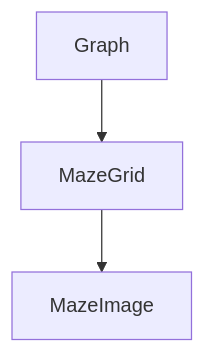
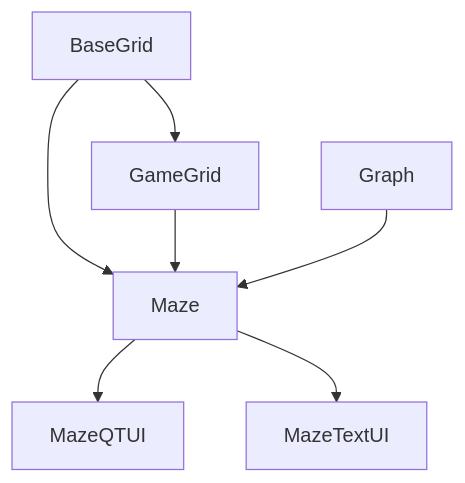
The first of 5 diagrams in hello_maze/readme.md (fvbakel/brilliant), drawn with Mermaid before and after one commit. The commit also changed other lines of this file and 1 other file, not shown here.

Commit message:
Added some ideas for seperate packages in mermaid

````diff
--- a/hello_maze/readme.md
+++ b/hello_maze/readme.md
@@ -5,5 +5,10 @@
 ```mermaid
   graph TD;
-      Graph --> MazeGrid
-      MazeGrid --> MazeImage
+    BaseGrid --> Maze
+    BaseGrid --> GameGrid
+    GameGrid --> Maze
+    Graph  --> Maze
+    Maze --> MazeQTUI
+    Maze --> MazeTextUI
+
 ```
````
